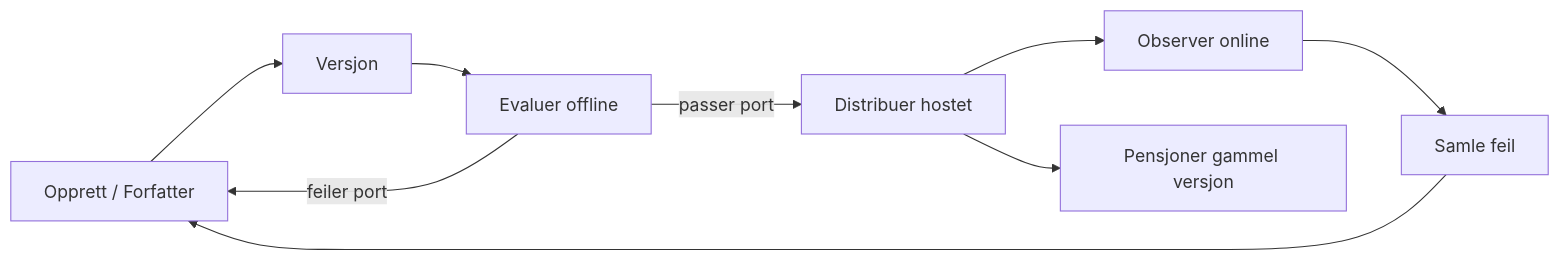
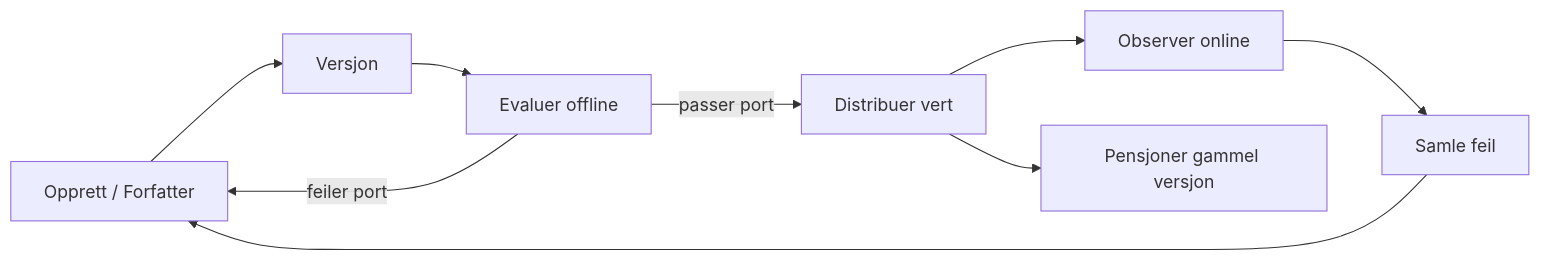
The second of 4 diagrams in mirrors/repos/microsoft@ai-agents-for-beginners/translations/no/16-deploying-scalable-agents/README.md (gabrielmoreira/agent-skills-mirror), drawn with Mermaid before and after one commit. The commit also changed other lines of this file and 3581 other files, not shown here.

````diff
--- a/mirrors/repos/microsoft@ai-agents-for-beginners/translations/no/16-deploying-scalable-agents/README.md
+++ b/mirrors/repos/microsoft@ai-agents-for-beginners/translations/no/16-deploying-scalable-agents/README.md
@@ -108,11 +108,11 @@
 ```mermaid
 flowchart LR
     Create[Opprett / Forfatter] --> Version[Versjon]
     Version --> Evaluate[Evaluer offline]
-    Evaluate -->|passer port| Deploy[Distribuer hostet]
+    Evaluate -->|passer port| Deploy[Distribuer vert]
     Evaluate -->|feiler port| Create
     Deploy --> Observe[Observer online]
     Observe --> Improve[Samle feil]
     Improve --> Create
     Deploy --> Retire[Pensjoner gammel versjon]
 ```
````
